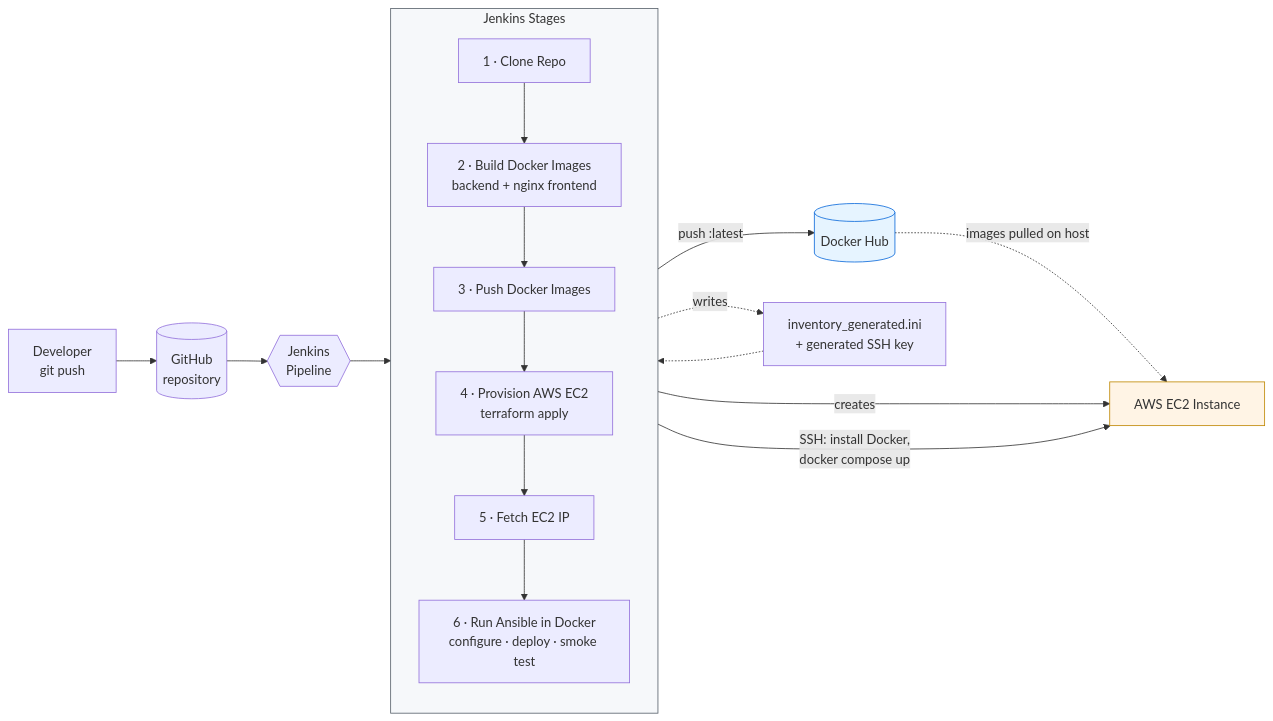
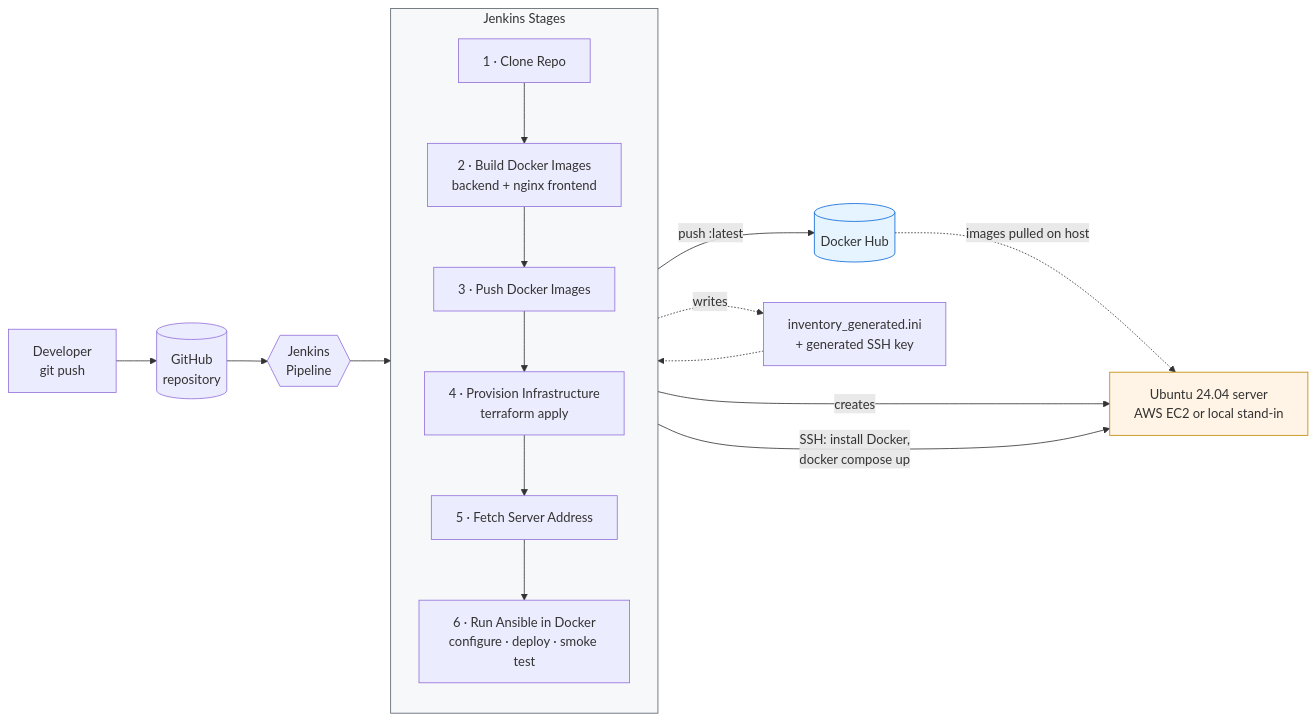
Before and after one commit to KesharaGunathilaka/DevOps_RealTimeChat: the first of 5 diagrams in README.md, drawn with Mermaid. The commit also changed other lines of this file and 1 other file, not shown here.

````diff
--- a/README.md
+++ b/README.md
@@ -89,28 +90,28 @@
 ```mermaid
 flowchart LR
     DEV["Developer<br/>git push"] --> GH[("GitHub<br/>repository")]
     GH --> J{{"Jenkins<br/>Pipeline"}}
 
     subgraph PIPE ["Jenkins Stages"]
         direction TB
         S1["1 · Clone Repo"]
         S2["2 · Build Docker Images<br/>backend + nginx frontend"]
         S3["3 · Push Docker Images"]
-        S4["4 · Provision AWS EC2<br/>terraform apply"]
-        S5["5 · Fetch EC2 IP"]
+        S4["4 · Provision Infrastructure<br/>terraform apply"]
+        S5["5 · Fetch Server Address"]
         S6["6 · Run Ansible in Docker<br/>configure · deploy · smoke test"]
         S1 --> S2 --> S3 --> S4 --> S5 --> S6
     end
 
     J --> PIPE
     S3 -->|"push :latest"| DH[("Docker Hub")]
-    S4 -->|"creates"| EC2["AWS EC2 Instance"]
+    S4 -->|"creates"| EC2["Ubuntu 24.04 server<br/>AWS EC2 or local stand-in"]
     S4 -.->|"writes"| INV["inventory_generated.ini<br/>+ generated SSH key"]
     INV -.-> S6
     S6 -->|"SSH: install Docker,<br/>docker compose up"| EC2
     DH -.->|"images pulled on host"| EC2
 
     style PIPE fill:#f6f8fa,stroke:#57606a
     style EC2 fill:#fff4e5,stroke:#bf8700
     style DH fill:#e6f4ff,stroke:#0969da
 ```
````
